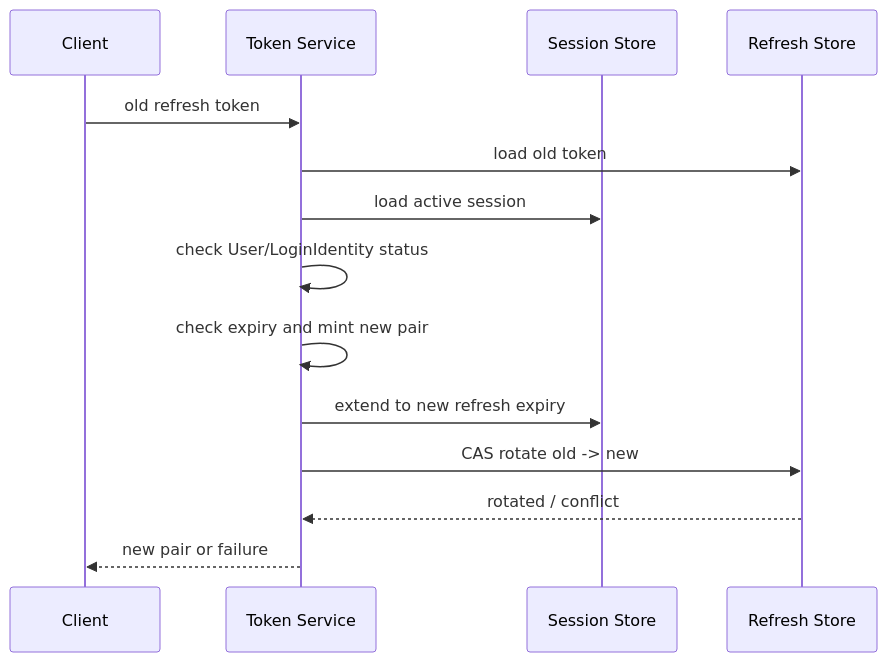
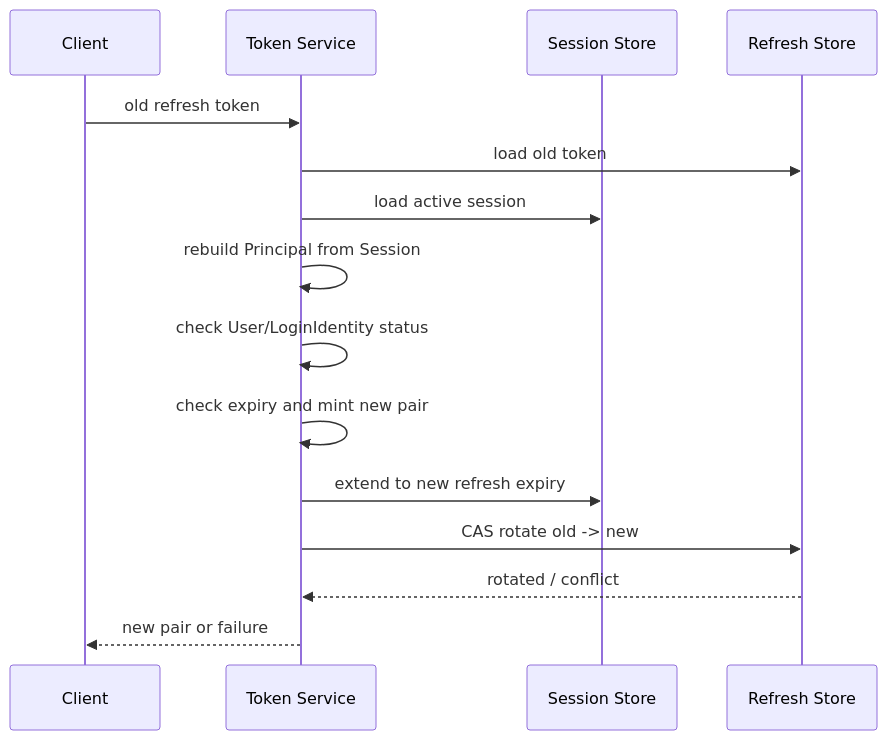
The diagram in docs/02-业务模块/02-AuthN/03-Session-Token与JWKS.md (FangcunMount/iam), drawn with Mermaid before and after one commit. The commit also changed other lines of this file and 85 other files, not shown here.

````diff
--- a/docs/02-业务模块/02-AuthN/03-Session-Token与JWKS.md
+++ b/docs/02-业务模块/02-AuthN/03-Session-Token与JWKS.md
@@ -54,16 +63,17 @@
 ```mermaid
 sequenceDiagram
     participant C as Client
     participant T as Token Service
     participant S as Session Store
     participant R as Refresh Store
     C->>T: old refresh token
     T->>R: load old token
     T->>S: load active session
+    T->>T: rebuild Principal from Session
     T->>T: check User/LoginIdentity status
     T->>T: check expiry and mint new pair
     T->>S: extend to new refresh expiry
     T->>R: CAS rotate old -> new
     R-->>T: rotated / conflict
     T-->>C: new pair or failure
 ```
````
